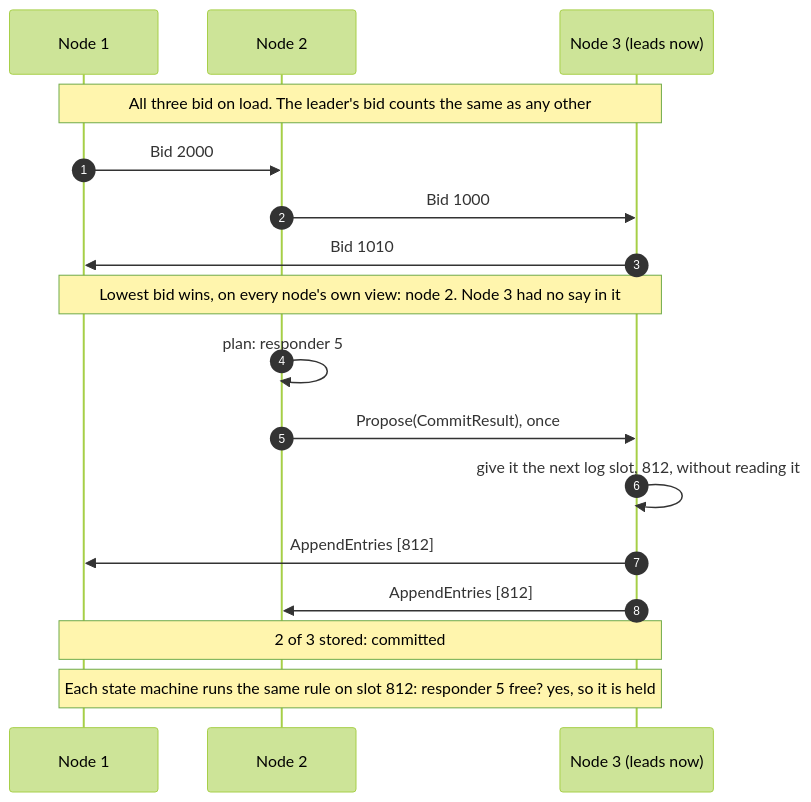
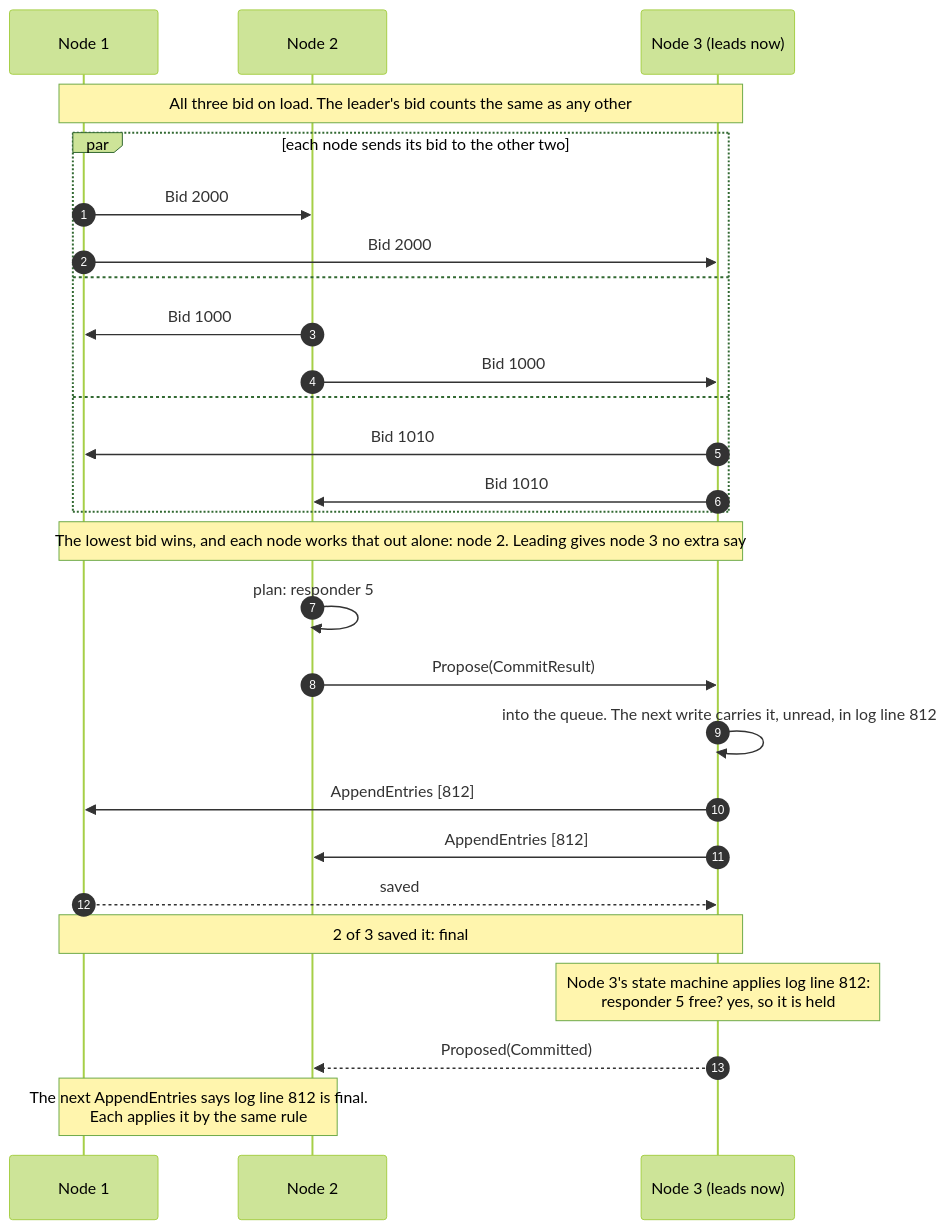
Before and after one commit to noortaytoy1/DistributedSystems: the first of 48 diagrams in docs/architecture.md, drawn with Mermaid (forest theme). The commit also changed other lines of this file and 2 other files, not shown here.

First line of the commit message:
Apply the diagram review to the architecture docs (D231)

````diff
--- a/docs/architecture.md
+++ b/docs/architecture.md
@@ -101,19 +116,29 @@
 ```mermaid
 sequenceDiagram
     autonumber
     participant N1 as Node 1
     participant N2 as Node 2
     participant N3 as Node 3 (leads now)
     Note over N1,N3: All three bid on load. The leader's bid counts the same as any other
-    N1->>N2: Bid 2000
-    N2->>N3: Bid 1000
-    N3->>N1: Bid 1010
-    Note over N1,N3: Lowest bid wins, on every node's own view: node 2. Node 3 had no say in it
+    par each node sends its bid to the other two
+        N1->>N2: Bid 2000
+        N1->>N3: Bid 2000
+    and
+        N2->>N1: Bid 1000
+        N2->>N3: Bid 1000
+    and
+        N3->>N1: Bid 1010
+        N3->>N2: Bid 1010
+    end
+    Note over N1,N3: The lowest bid wins, and each node works that out alone: node 2. Leading gives node 3 no extra say
     N2->>N2: plan: responder 5
-    N2->>N3: Propose(CommitResult), once
-    N3->>N3: give it the next log slot, 812, without reading it
+    N2->>N3: Propose(CommitResult)
+    N3->>N3: into the queue. The next write carries it, unread, in log line 812
     N3->>N1: AppendEntries [812]
     N3->>N2: AppendEntries [812]
-    Note over N1,N3: 2 of 3 stored: committed
-    Note over N1,N3: Each state machine runs the same rule on slot 812: responder 5 free? yes, so it is held
+    N1-->>N3: saved
+    Note over N1,N3: 2 of 3 saved it: final
+    Note over N3: Node 3's state machine applies log line 812:<br/>responder 5 free? yes, so it is held
+    N3-->>N2: Proposed(Committed)
+    Note over N1,N2: The next AppendEntries says log line 812 is final.<br/>Each applies it by the same rule
 ```
````
